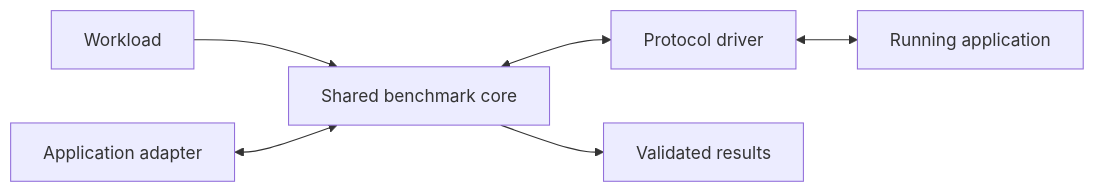
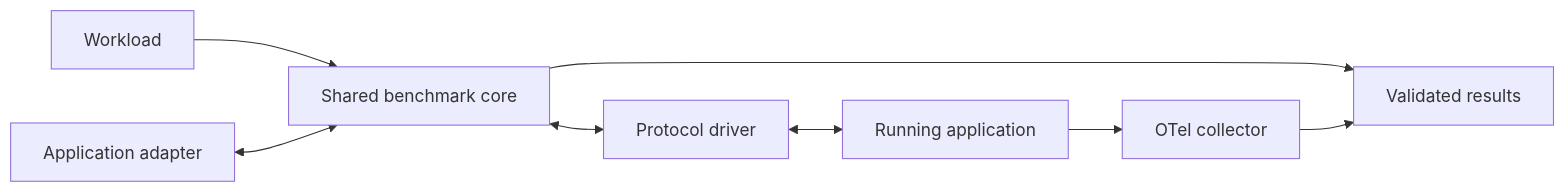
One commit to uw-syfi/vibesys changed the first of 3 diagrams in examples/evaluators/microservice/README.md. Above: the diagram before and after it, drawn with Mermaid. The commit also changed other lines of this file and 27 other files, not shown here.

````diff
--- a/examples/evaluators/microservice/README.md
+++ b/examples/evaluators/microservice/README.md
@@ -25,8 +25,10 @@
 ```mermaid
 flowchart LR
     W["Workload"] --> E["Shared benchmark core"]
     A["Application adapter"] <--> E
     E <--> D["Protocol driver"]
     D <--> T["Running application"]
     E --> R["Validated results"]
+    T --> OT["OTel collector"]
+    OT --> R
 ```
````
